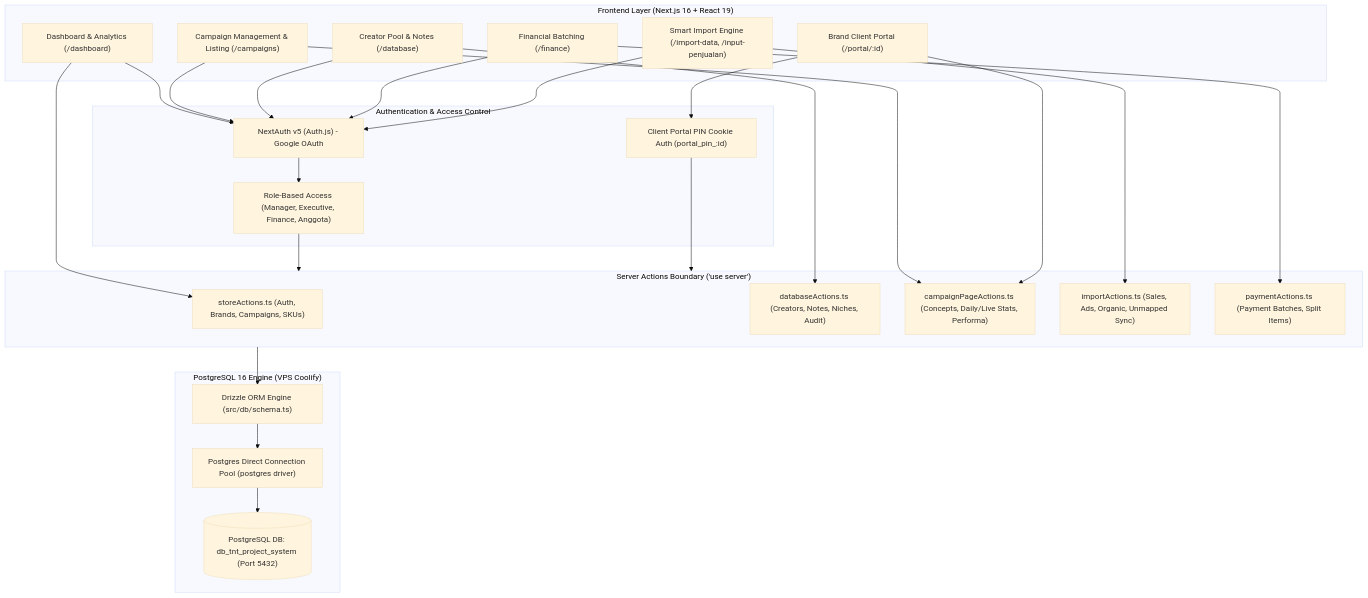
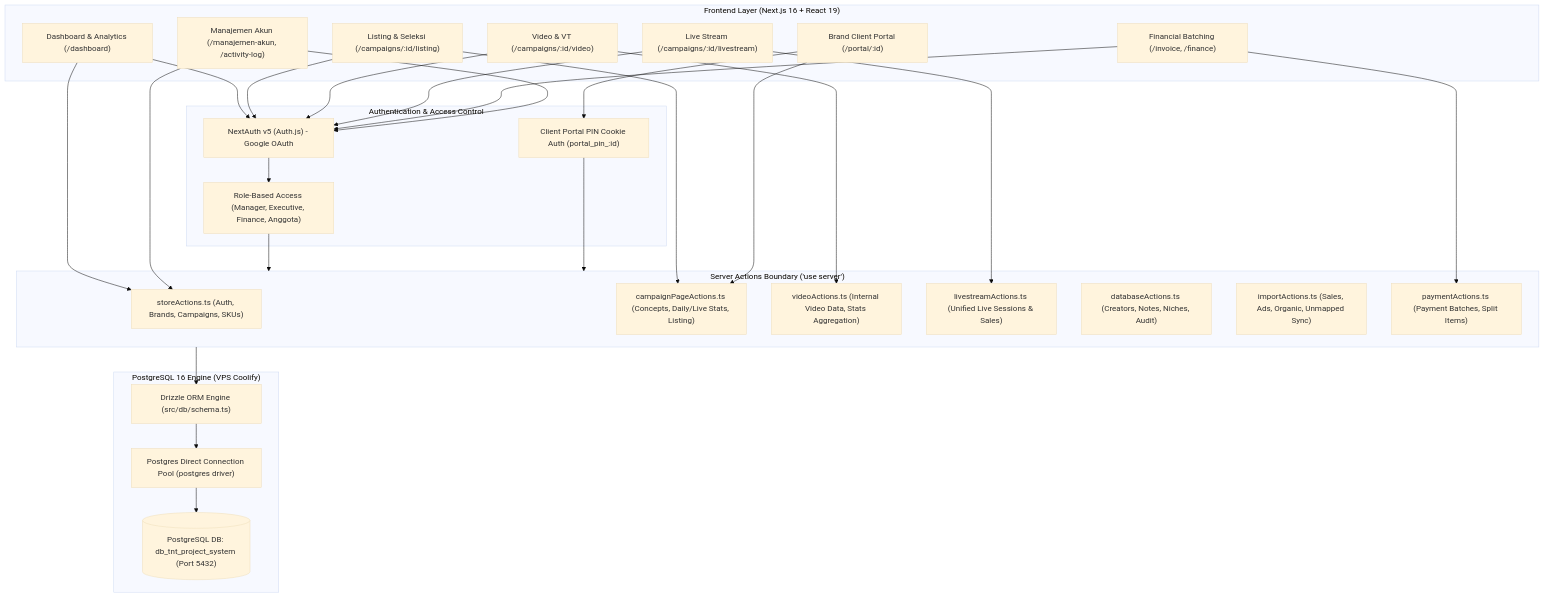
Before and after one commit to novacore25/tnt-project-tracking: the diagram in ARCHITECTURE.md, drawn with Mermaid (base theme). The commit also changed other lines of this file, not shown here.

Commit message:
docs: update ARCHITECTURE.md with complete schema cheat sheet, RBAC, Video, Listing and Livestream flows

````diff
--- a/ARCHITECTURE.md
+++ b/ARCHITECTURE.md
@@ -20,53 +21,58 @@
 ```mermaid
 flowchart TD
     subgraph Frontend ["Frontend Layer (Next.js 16 + React 19)"]
         UI_Dashboard["Dashboard & Analytics (/dashboard)"]
-        UI_Campaigns["Campaign Management & Listing (/campaigns)"]
-        UI_Database["Creator Pool & Notes (/database)"]
-        UI_Finance["Financial Batching (/finance)"]
-        UI_Import["Smart Import Engine (/import-data, /input-penjualan)"]
+        UI_Listing["Listing & Seleksi (/campaigns/:id/listing)"]
+        UI_Video["Video & VT (/campaigns/:id/video)"]
+        UI_Live["Live Stream (/campaigns/:id/livestream)"]
+        UI_Finance["Financial Batching (/invoice, /finance)"]
+        UI_Admin["Manajemen Akun (/manajemen-akun, /activity-log)"]
         UI_Portal["Brand Client Portal (/portal/:id)"]
     end
 
     subgraph AuthLayer ["Authentication & Access Control"]
         NextAuth["NextAuth v5 (Auth.js) - Google OAuth"]
         RBAC["Role-Based Access (Manager, Executive, Finance, Anggota)"]
         PIN_Auth["Client Portal PIN Cookie Auth (portal_pin_:id)"]
     end
 
     subgraph ServerActions ["Server Actions Boundary ('use server')"]
         SA_Store["storeActions.ts (Auth, Brands, Campaigns, SKUs)"]
+        SA_Campaign["campaignPageActions.ts (Concepts, Daily/Live Stats, Listing)"]
+        SA_Video["videoActions.ts (Internal Video Data, Stats Aggregation)"]
+        SA_Live["livestreamActions.ts (Unified Live Sessions & Sales)"]
         SA_DB["databaseActions.ts (Creators, Notes, Niches, Audit)"]
-        SA_Campaign["campaignPageActions.ts (Concepts, Daily/Live Stats, Performa)"]
         SA_Import["importActions.ts (Sales, Ads, Organic, Unmapped Sync)"]
         SA_Payment["paymentActions.ts (Payment Batches, Split Items)"]
     end
 
     subgraph DatabaseLayer ["PostgreSQL 16 Engine (VPS Coolify)"]
         Drizzle["Drizzle ORM Engine (src/db/schema.ts)"]
         ConnPool["Postgres Direct Connection Pool (postgres driver)"]
         PG_DB[("PostgreSQL DB: db_tnt_project_system (Port 5432)")]
     end
 
     UI_Dashboard --> NextAuth
-    UI_Campaigns --> NextAuth
-    UI_Database --> NextAuth
+    UI_Listing --> NextAuth
+    UI_Video --> NextAuth
+    UI_Live --> NextAuth
     UI_Finance --> NextAuth
-    UI_Import --> NextAuth
+    UI_Admin --> NextAuth
     UI_Portal --> PIN_Auth
 
     NextAuth --> RBAC
     RBAC --> ServerActions
     PIN_Auth --> ServerActions
 
     UI_Dashboard --> SA_Store
-    UI_Campaigns --> SA_Campaign
-    UI_Database --> SA_DB
+    UI_Listing --> SA_Campaign
+    UI_Video --> SA_Video
+    UI_Live --> SA_Live
+    UI_Admin --> SA_Store
     UI_Finance --> SA_Payment
-    UI_Import --> SA_Import
     UI_Portal --> SA_Campaign
 
     ServerActions --> Drizzle
     Drizzle --> ConnPool
     ConnPool --> PG_DB
 ```
````
